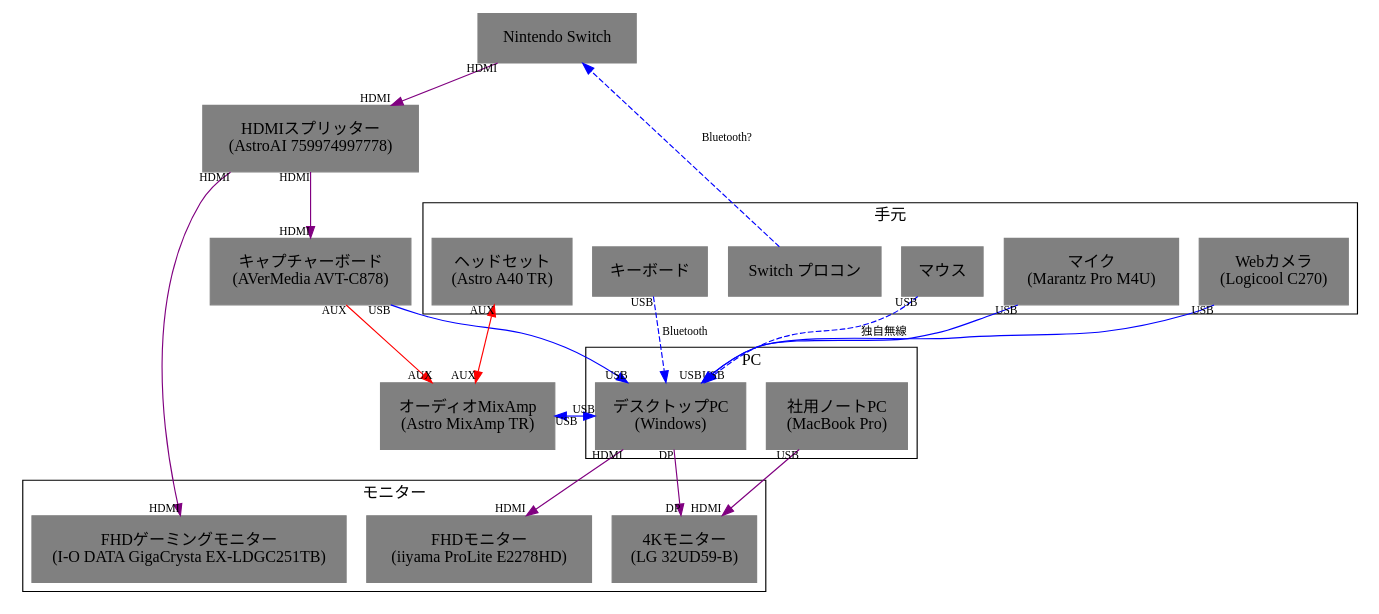
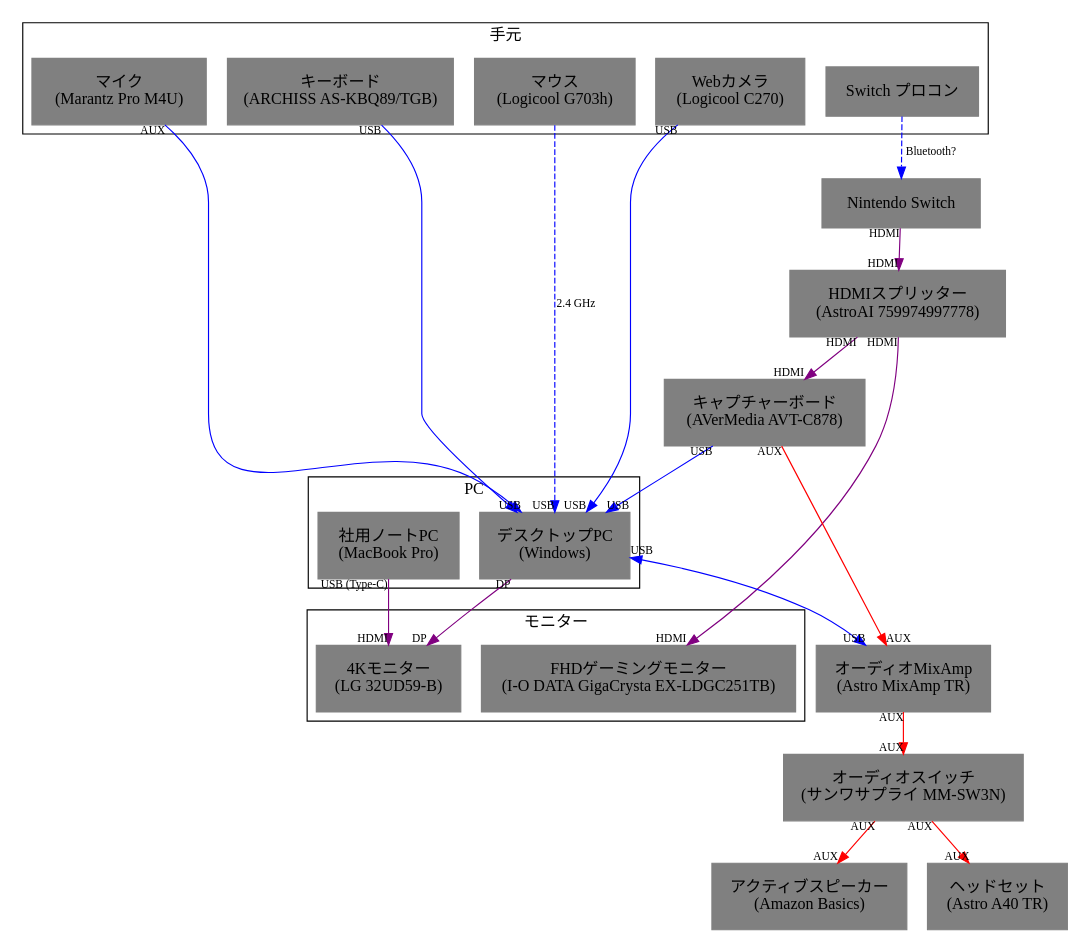
One commit to tubo28/desktop changed the diagram in desktop.dot. Above: the diagram before and after it, drawn with Graphviz. The commit also changed 1 other file, not shown here.

```diff
--- a/desktop.dot
+++ b/desktop.dot
@@ -1,55 +1,58 @@
 digraph {
     graph [fontname="mplus-1p-light"];
     node [fontname="mplus-1p-light", margin=0.2];
     edge [fontname="mplus-1p-light", fontsize=10];
 
     hdmi_splitter [color="gray", label="HDMIスプリッター\n(AstroAI 759974997778)", shape="box", style="filled"];
     capture_board [color="gray", label="キャプチャーボード\n(AVerMedia AVT-C878)", shape="box", style="filled"];
     astro_mixamp [color="gray", label="オーディオMixAmp\n(Astro MixAmp TR)", shape="box", style="filled"];
 
+    audio_switcher [color="gray", label="オーディオスイッチ\n(サンワサプライ MM-SW3N)", shape="box", style="filled"]
+    active_speaker [color="gray", label="アクティブスピーカー\n(Amazon Basics)", shape="box", style="filled"]
+    headset [color="gray", label="ヘッドセット\n(Astro A40 TR)", shape="box", style="filled"];
+
     nintendo_switch [color="gray", label="Nintendo Switch", shape="box", style="filled"];
-    { rank=min; nintendo_switch }
+    # { rank=min; nintendo_switch }
 
     subgraph cluster_pcs {
         label="PC"
         pc_windows [color="gray", label="デスクトップPC\n(Windows)", shape="box", style="filled"];
         pc_mbp [color="gray", label="社用ノートPC\n(MacBook Pro)", shape="box", style="filled"];
     }
 
     subgraph cluster_io {
         label="手元"
-        headset [color="gray", label="ヘッドセット\n(Astro A40 TR)", shape="box", style="filled"];
-        keyboard [color="gray", label="キーボード", shape="box", style="filled"];
-        mouse [color="gray", label="マウス", shape="box", style="filled"];
+        keyboard [color="gray", label="キーボード\n(ARCHISS AS-KBQ89/TGB)", shape="box", style="filled"];
+        mouse [color="gray", label="マウス\n(Logicool G703h)", shape="box", style="filled"];
         switch_controller [color="gray", label="Switch プロコン", shape="box", style="filled"];
         mic [color="gray", label="マイク\n(Marantz Pro M4U)", shape="box", style="filled"];
         cam [color="gray", label="Webカメラ\n(Logicool C270)", shape="box", style="filled"];
     }
 
     subgraph cluster_monitors {
         label="モニター";
         monitor_4k [color="gray", label="4Kモニター\n(LG 32UD59-B)", shape="box", style="filled"];
         monitor_gigacrysta [color="gray", label="FHDゲーミングモニター\n(I-O DATA GigaCrysta EX-LDGC251TB)", shape="box", style="filled"];
-        monitor_iiyama [color="gray", label="FHDモニター\n(iiyama ProLite E2278HD)", shape="box", style="filled"];
     }
 
     nintendo_switch -> hdmi_splitter [headlabel="HDMI", taillabel="HDMI", color=purple];
     hdmi_splitter -> monitor_gigacrysta [headlabel="HDMI", taillabel="HDMI", color=purple];
     hdmi_splitter -> capture_board [headlabel="HDMI", taillabel="HDMI", color=purple];
     capture_board -> pc_windows [headlabel="USB", taillabel="USB", color=blue];
 
-    mouse -> pc_windows [taillabel="USB", label="独自無線", style="dashed", color=blue];
-    keyboard -> pc_windows [taillabel="USB", label="Bluetooth", style="dashed", color=blue];
-    mic -> pc_windows [headlabel="USB", taillabel="USB", color=blue];
+    mouse -> pc_windows [headlabel="USB", label="2.4 GHz", style="dashed", color=blue];
+    keyboard -> pc_windows [taillabel="USB", color=blue];
+    mic -> pc_windows [headlabel="USB", taillabel="AUX", color=blue];
     cam -> pc_windows [headlabel="USB", taillabel="USB", color=blue];
 
     pc_windows -> monitor_4k [headlabel="DP", taillabel="DP", color=purple];
-    pc_windows -> monitor_iiyama [headlabel="HDMI", taillabel="HDMI", color=purple];
-    pc_mbp -> monitor_4k [headlabel="HDMI", taillabel="USB", color=purple];
+    pc_mbp -> monitor_4k [headlabel="HDMI", taillabel="USB (Type-C)", color=purple];
     pc_windows -> astro_mixamp [dir="both", headlabel="USB", taillabel="USB", color=blue]
     
-    astro_mixamp -> headset [dir="both", headlabel="AUX", taillabel="AUX", color=red];
+    astro_mixamp -> audio_switcher [headlabel="AUX", taillabel="AUX", color=red];
+    audio_switcher -> headset [headlabel="AUX", taillabel="AUX", color=red];
+    audio_switcher -> active_speaker [headlabel="AUX", taillabel="AUX", color=red];
 
     switch_controller -> nintendo_switch [label="Bluetooth?", style="dashed", color=blue];
     capture_board -> astro_mixamp [headlabel="AUX", taillabel="AUX", color=red];
 }
```
